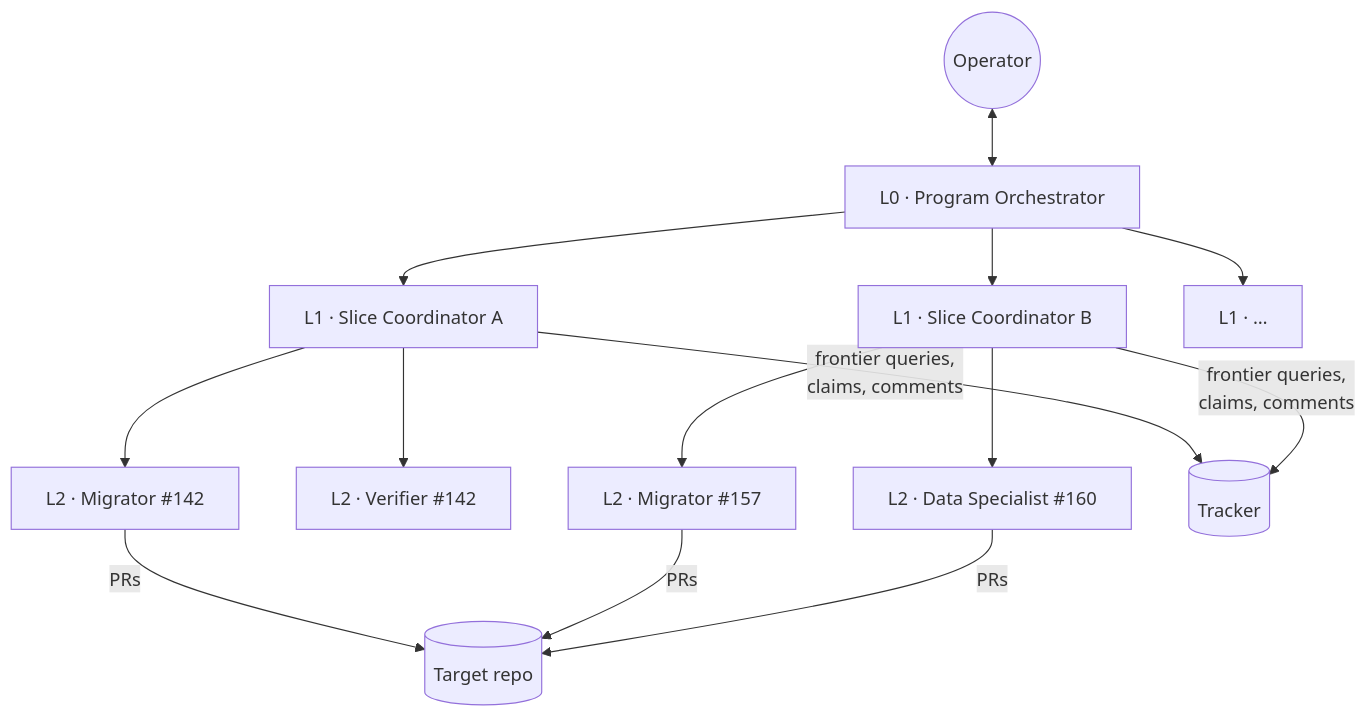
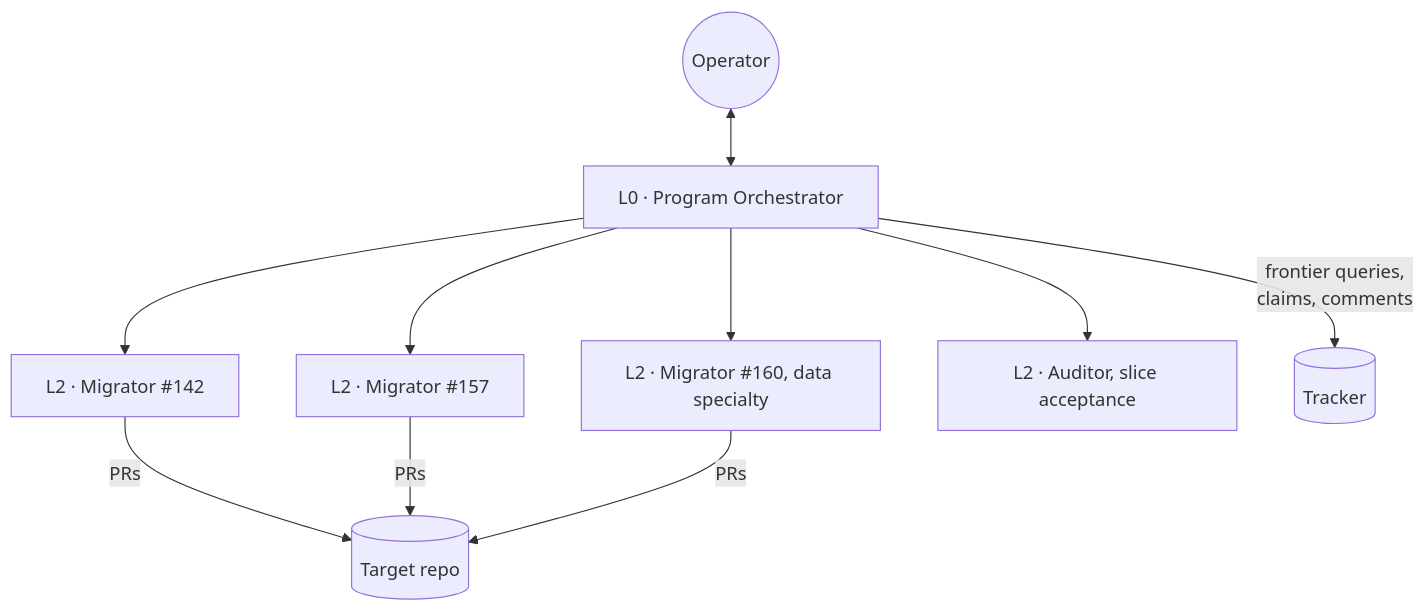
Before and after one commit to martins-vds/ai-factory-swarm: the third of 3 diagrams in docs/architecture.md, drawn with Mermaid. The commit also changed other lines of this file and 32 other files, not shown here.

First line of the commit message:
Phase 3d: fold the Slice Coordinator into the Program Orchestrator (ADR-0050, proposed)

````diff
--- a/docs/architecture.md
+++ b/docs/architecture.md
@@ -676,13 +676,10 @@
 ```mermaid
 flowchart TB
   OP((Operator)) <--> L0[L0 · Program Orchestrator]
-  L0 --> C1[L1 · Slice Coordinator A]
-  L0 --> C2[L1 · Slice Coordinator B]
-  L0 --> CN[L1 · …]
-  C1 --> W1[L2 · Migrator #142]
-  C1 --> W2[L2 · Verifier #142]
-  C2 --> W3[L2 · Migrator #157]
-  C2 --> W4[L2 · Data Specialist #160]
+  L0 --> W1[L2 · Migrator #142]
+  L0 --> W3[L2 · Migrator #157]
+  L0 --> W4[L2 · Migrator #160, data specialty]
+  L0 --> A1[L2 · Auditor, slice acceptance]
   W1 & W3 & W4 -- PRs --> T[(Target repo)]
-  C1 & C2 -- frontier queries,\nclaims, comments --> I[(Tracker)]
+  L0 -- frontier queries,\nclaims, comments --> I[(Tracker)]
 ```
````
